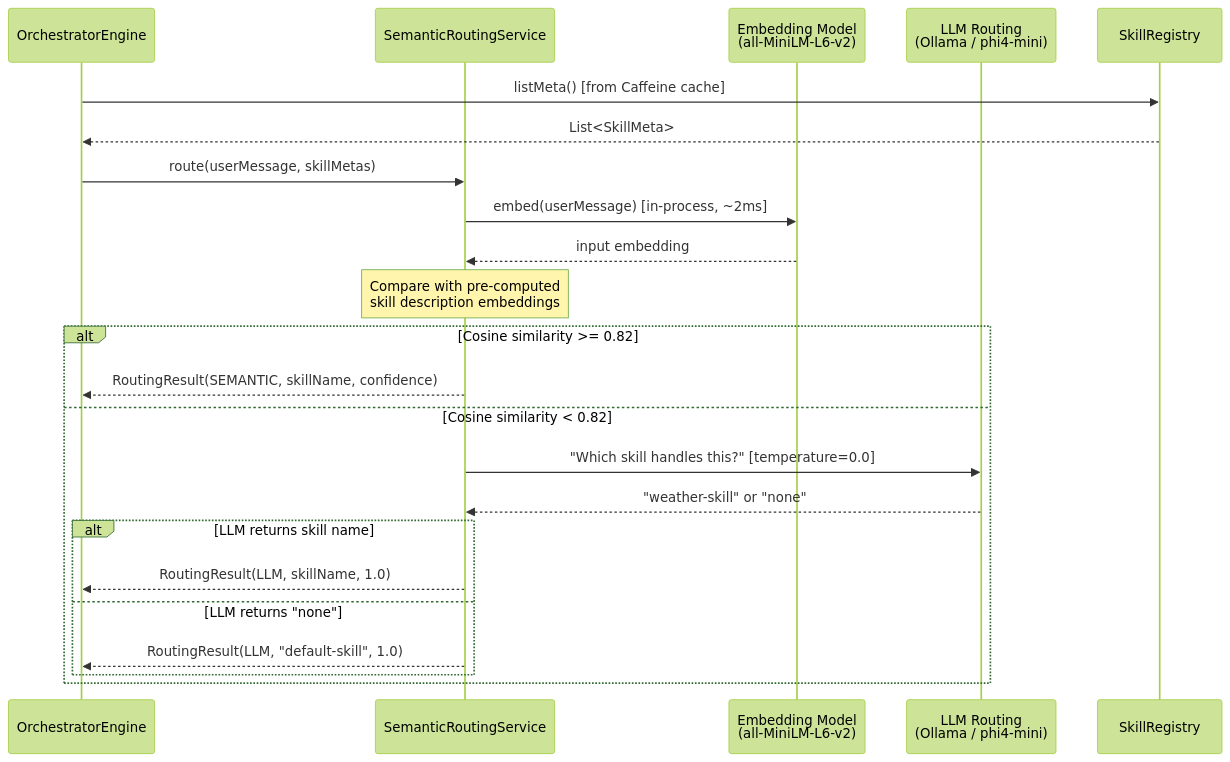
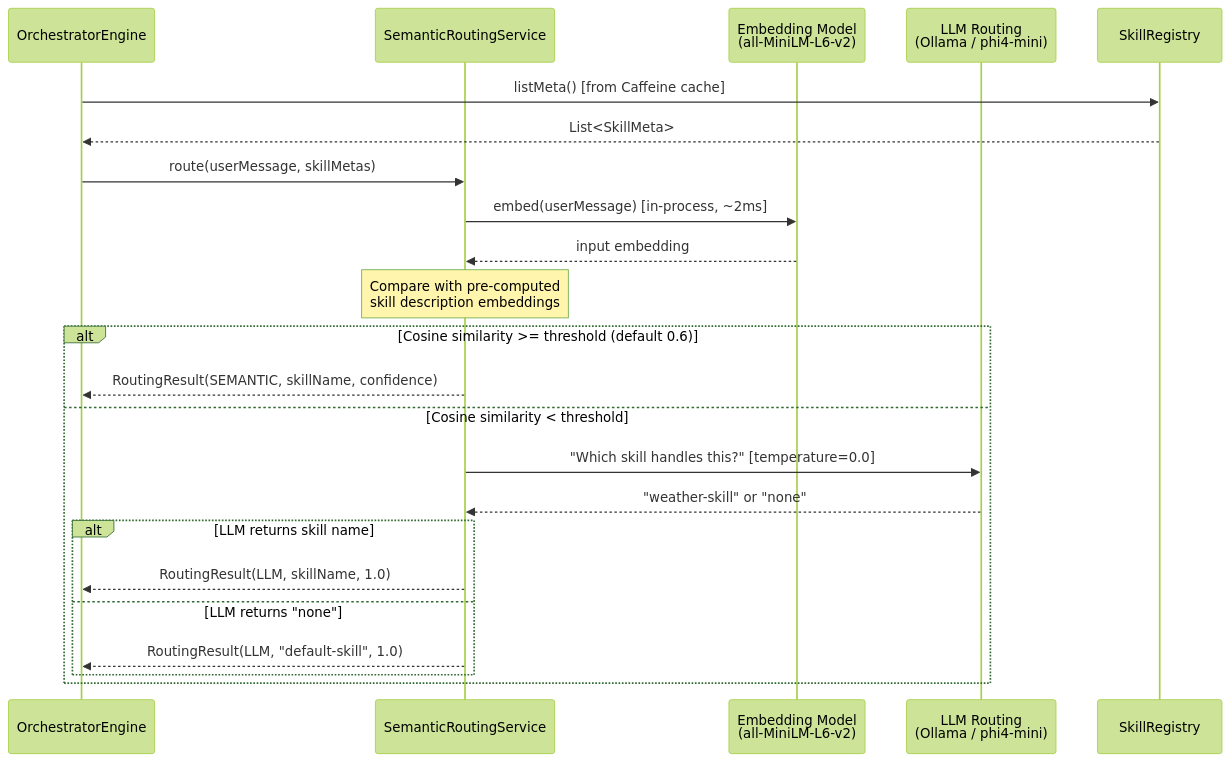
Before and after one commit to GiskardB/gargantua-site: the second of 8 diagrams in docs/architecture-diagrams.md, drawn with Mermaid (forest theme). The commit also changed other lines of this file and 19 other files, not shown here.

````diff
--- a/docs/architecture-diagrams.md
+++ b/docs/architecture-diagrams.md
@@ -77,29 +77,29 @@
 ```mermaid
 sequenceDiagram
     participant Engine as OrchestratorEngine
     participant Semantic as SemanticRoutingService
     participant Embed as Embedding Model<br/>(all-MiniLM-L6-v2)
     participant LLM_Route as LLM Routing<br/>(Ollama / phi4-mini)
     participant Registry as SkillRegistry
 
     Engine->>Registry: listMeta() [from Caffeine cache]
     Registry-->>Engine: List<SkillMeta>
 
     Engine->>Semantic: route(userMessage, skillMetas)
     Semantic->>Embed: embed(userMessage) [in-process, ~2ms]
     Embed-->>Semantic: input embedding
 
     Note over Semantic: Compare with pre-computed<br/>skill description embeddings
 
-    alt Cosine similarity >= 0.82
+    alt Cosine similarity >= threshold (default 0.6)
         Semantic-->>Engine: RoutingResult(SEMANTIC, skillName, confidence)
-    else Cosine similarity < 0.82
+    else Cosine similarity < threshold
         Semantic->>LLM_Route: "Which skill handles this?" [temperature=0.0]
         LLM_Route-->>Semantic: "weather-skill" or "none"
         alt LLM returns skill name
             Semantic-->>Engine: RoutingResult(LLM, skillName, 1.0)
         else LLM returns "none"
             Semantic-->>Engine: RoutingResult(LLM, "default-skill", 1.0)
         end
     end
 ```
````
